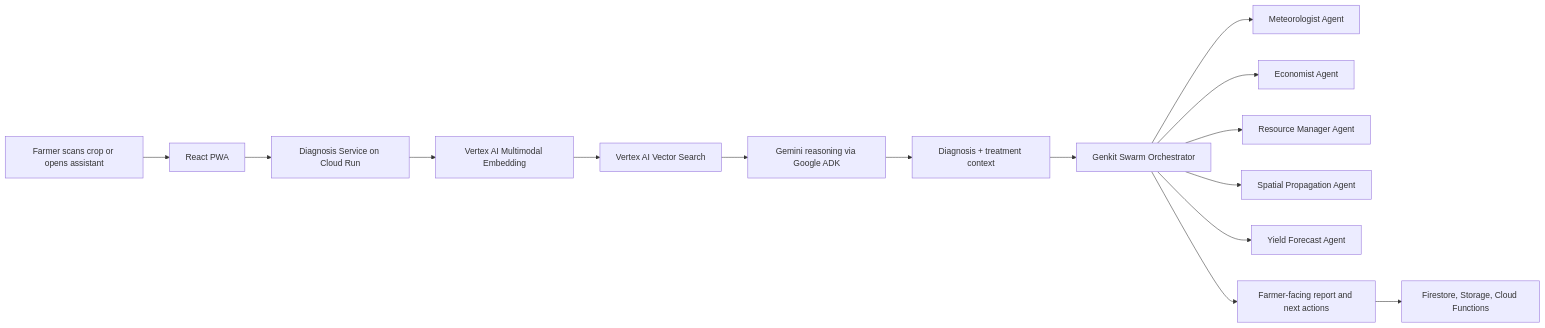
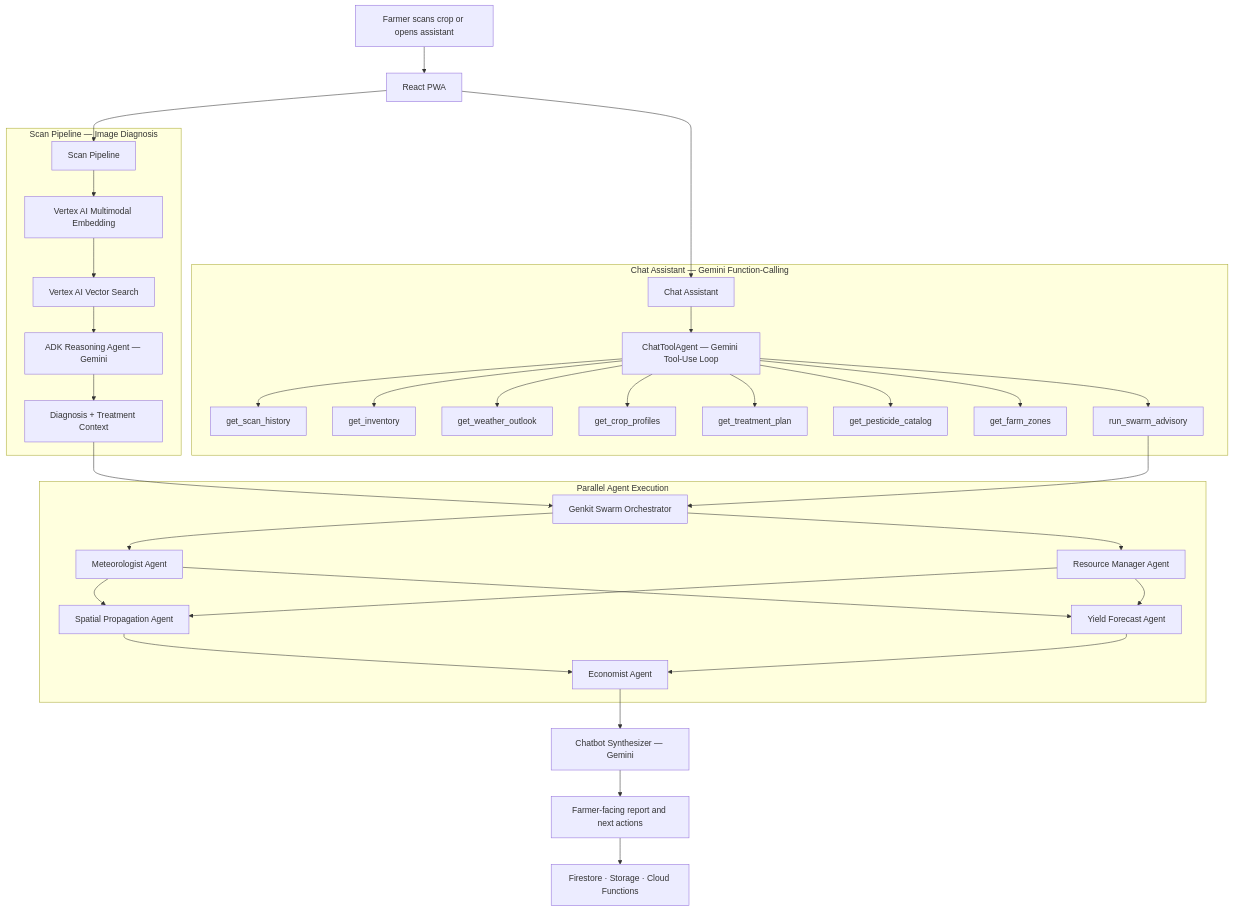
Before and after one commit to SKYTAN-050107/Future-AI-Hack: the first of 2 diagrams in README.md, drawn with Mermaid. The commit also changed other lines of this file and 2 other files, not shown here.

Commit message:
feat: update project architecture documentation

````diff
--- a/README.md
+++ b/README.md
@@ -104,17 +111,41 @@
 ```mermaid
-flowchart LR
+flowchart TB
     A[Farmer scans crop or opens assistant] --> B[React PWA]
-    B --> C[Diagnosis Service on Cloud Run]
-    C --> D[Vertex AI Multimodal Embedding]
-    D --> E[Vertex AI Vector Search]
-    E --> F[Gemini reasoning via Google ADK]
-    F --> G[Diagnosis + treatment context]
+
+    B --> C1[Scan Pipeline]
+    B --> C2[Chat Assistant]
+
+    subgraph Scan["Scan Pipeline — Image Diagnosis"]
+      C1 --> D[Vertex AI Multimodal Embedding]
+      D --> E[Vertex AI Vector Search]
+      E --> F[ADK Reasoning Agent — Gemini]
+      F --> G[Diagnosis + Treatment Context]
+    end
+
+    subgraph Chat["Chat Assistant — Gemini Function-Calling"]
+      C2 --> T[ChatToolAgent — Gemini Tool-Use Loop]
+      T --> T1[get_scan_history]
+      T --> T2[get_inventory]
+      T --> T3[get_weather_outlook]
+      T --> T4[get_crop_profiles]
+      T --> T5[get_treatment_plan]
+      T --> T6[get_pesticide_catalog]
+      T --> T7[get_farm_zones]
+      T --> T8[run_swarm_advisory]
+    end
+
     G --> H[Genkit Swarm Orchestrator]
-    H --> H1[Meteorologist Agent]
-    H --> H2[Economist Agent]
-    H --> H3[Resource Manager Agent]
-    H --> H4[Spatial Propagation Agent]
-    H --> H5[Yield Forecast Agent]
-    H --> I[Farmer-facing report and next actions]
-    I --> J[Firestore, Storage, Cloud Functions]
+    T8 --> H
+
+    subgraph Swarm["Parallel Agent Execution"]
+      H --> H1[Meteorologist Agent]
+      H --> H2[Resource Manager Agent]
+      H1 & H2 --> H3[Spatial Propagation Agent]
+      H1 & H2 --> H4[Yield Forecast Agent]
+      H3 & H4 --> H5[Economist Agent]
+    end
+
+    H5 --> S[Chatbot Synthesizer — Gemini]
+    S --> I[Farmer-facing report and next actions]
+    I --> J[Firestore · Storage · Cloud Functions]
 ```
````
